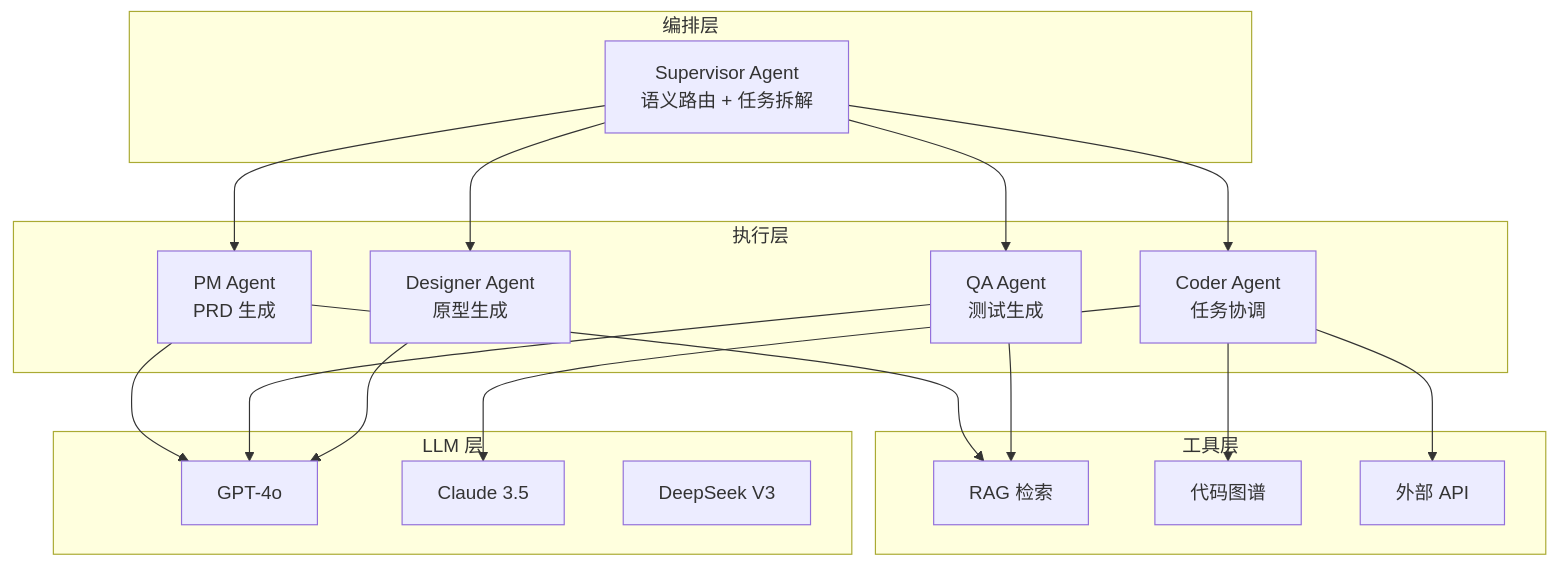
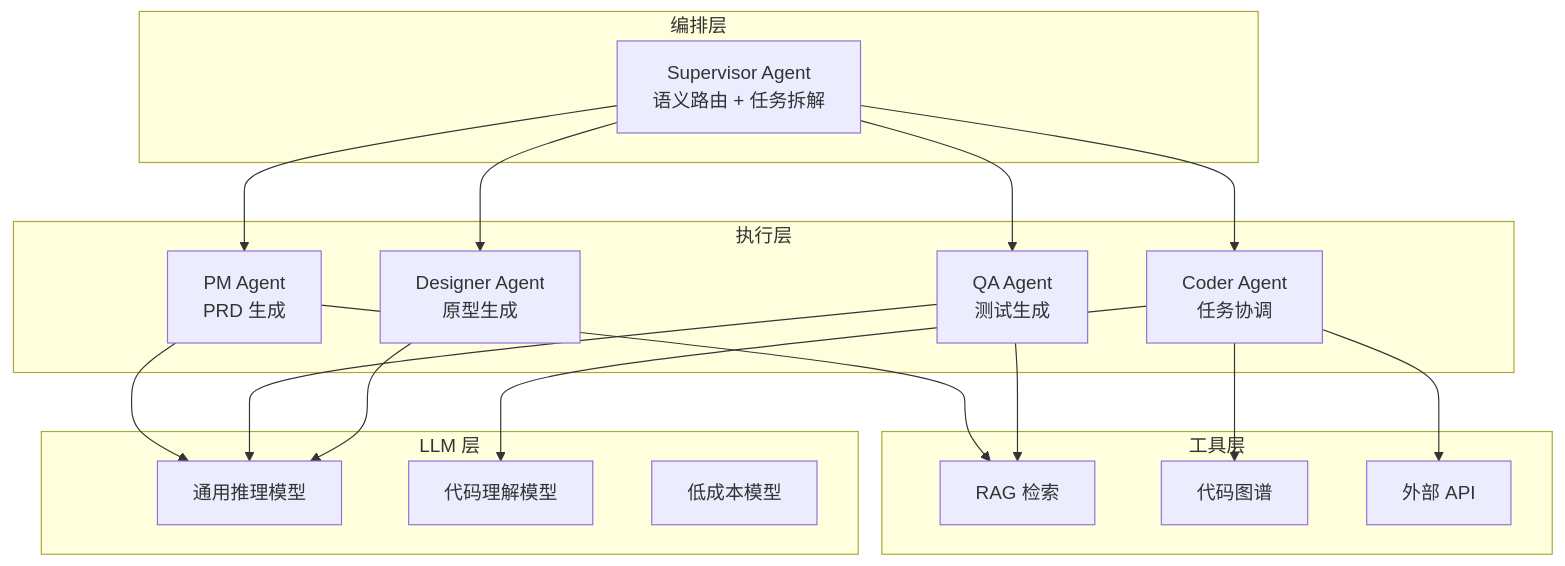
One commit to sujianjob/DevSmart changed the fourth of 6 diagrams in docs/03-architecture/Tech_Stack_Overview.md. Above: the diagram before and after it, drawn with Mermaid. The commit also changed other lines of this file and 12 other files, not shown here.

````diff
--- a/docs/03-architecture/Tech_Stack_Overview.md
+++ b/docs/03-architecture/Tech_Stack_Overview.md
@@ -248,42 +250,42 @@
 ```mermaid
 graph TB
     subgraph Orchestration["编排层"]
         Supervisor["Supervisor Agent<br/>语义路由 + 任务拆解"]
     end
 
     subgraph Agents["执行层"]
         PM["PM Agent<br/>PRD 生成"]
         Coder["Coder Agent<br/>任务协调"]
         QA["QA Agent<br/>测试生成"]
         Designer["Designer Agent<br/>原型生成"]
     end
 
     subgraph Tools["工具层"]
         RAG["RAG 检索"]
         CodeGraph["代码图谱"]
         ExternalAPI["外部 API"]
     end
 
     subgraph LLM["LLM 层"]
-        GPT4["GPT-4o"]
-        Claude["Claude 3.5"]
-        DeepSeek["DeepSeek V3"]
+        Reasoning["通用推理模型"]
+        CodeModel["代码理解模型"]
+        LowCost["低成本模型"]
     end
 
     Supervisor --> PM
     Supervisor --> Coder
     Supervisor --> QA
     Supervisor --> Designer
 
     PM --> RAG
-    PM --> GPT4
+    PM --> Reasoning
 
     Coder --> CodeGraph
     Coder --> ExternalAPI
-    Coder --> Claude
+    Coder --> CodeModel
 
     QA --> RAG
-    QA --> GPT4
+    QA --> Reasoning
 
-    Designer --> GPT4
+    Designer --> Reasoning
 ```
````
